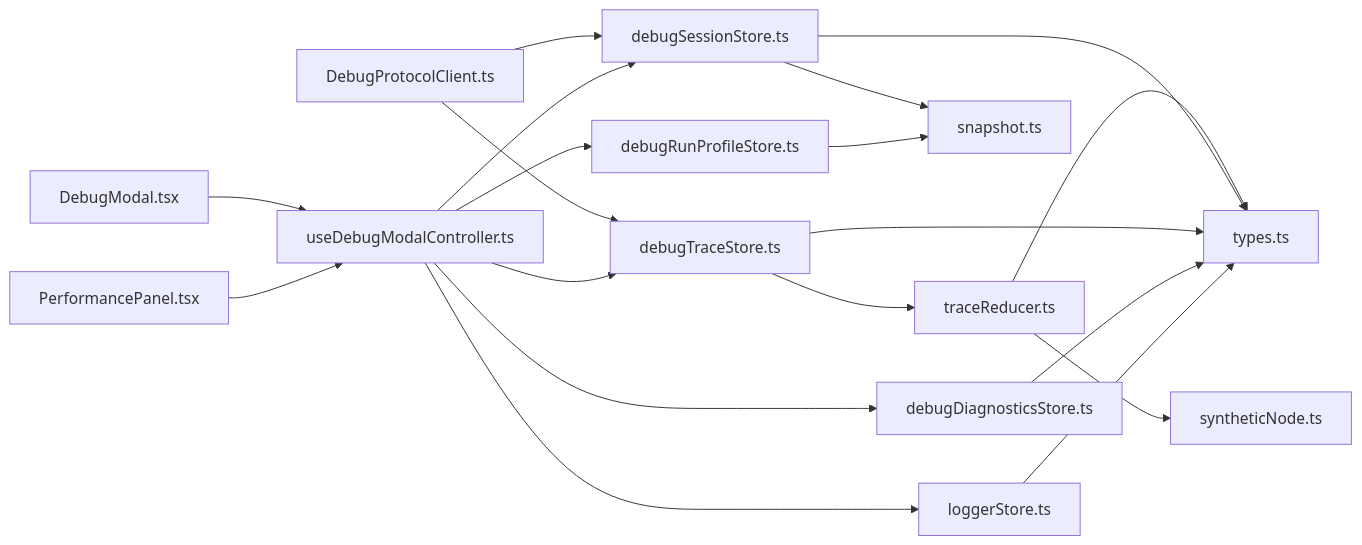
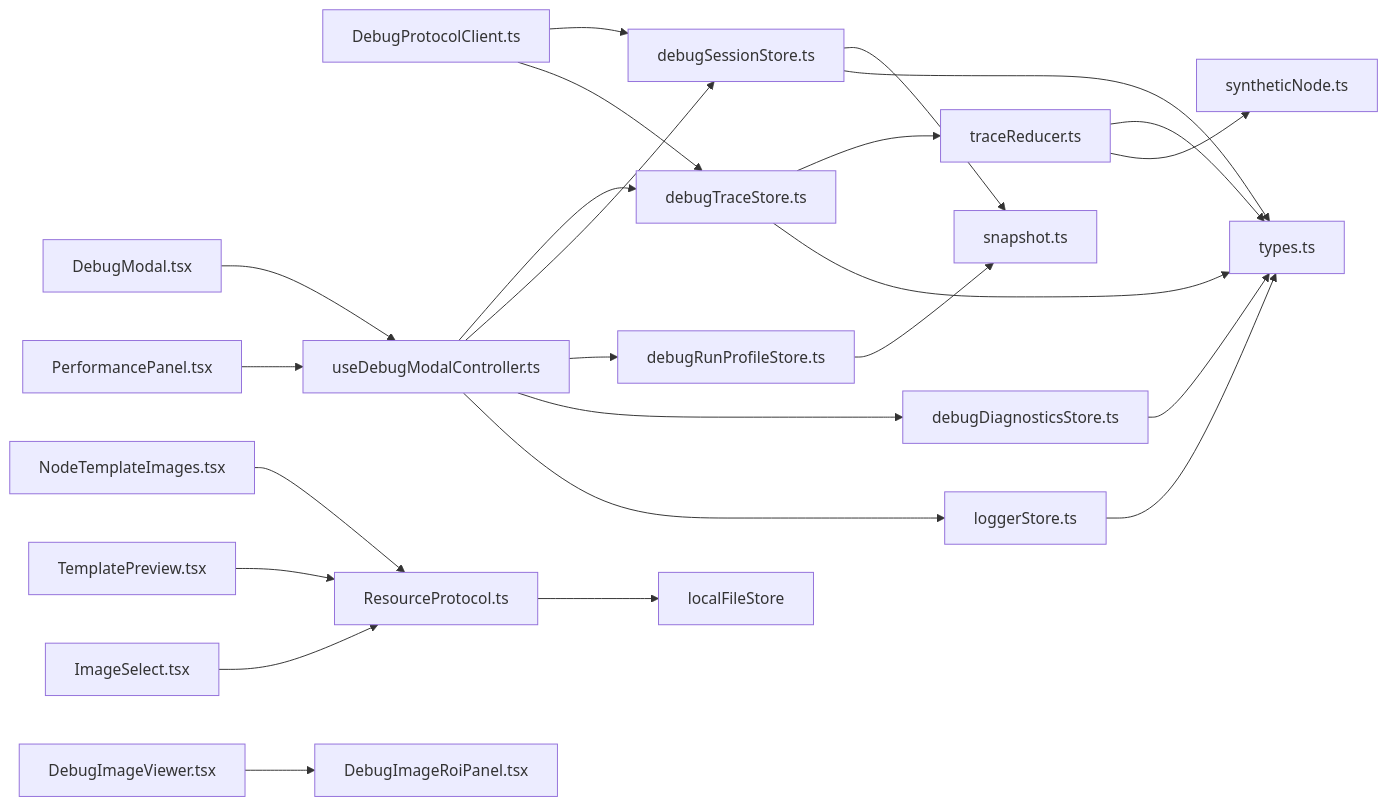
One commit to kqcoxn/MaaPipelineEditor changed the seventh of 7 diagrams in .qoder/repowiki/zh/content/调试与诊断/性能监控.md. Above: the diagram before and after it, drawn with Mermaid. The commit also changed other lines of this file and 37 other files, not shown here.

````diff
--- a/.qoder/repowiki/zh/content/调试与诊断/性能监控.md
+++ b/.qoder/repowiki/zh/content/调试与诊断/性能监控.md
@@ -446,21 +591,26 @@
 ```mermaid
 graph LR
 DPC["DebugProtocolClient.ts"] --> DSS["debugSessionStore.ts"]
 DPC --> DTS["debugTraceStore.ts"]
 DTS --> TR["traceReducer.ts"]
 TR --> TYPES["types.ts"]
 TR --> SN["syntheticNode.ts"]
 DSS --> SNAP["snapshot.ts"]
 DRPS["debugRunProfileStore.ts"] --> SNAP
 DSS --> TYPES
 DTS --> TYPES
 DDS["debugDiagnosticsStore.ts"] --> TYPES
 LS["loggerStore.ts"] --> TYPES
 DMC["useDebugModalController.ts"] --> DTS
 DMC --> DSS
 DMC --> DRPS
 DMC --> DDS
 DMC --> LS
 DM["DebugModal.tsx"] --> DMC
 PP["PerformancePanel.tsx"] --> DMC
+NPI["NodeTemplateImages.tsx"] --> RP["ResourceProtocol.ts"]
+TP["TemplatePreview.tsx"] --> RP
+IS["ImageSelect.tsx"] --> RP
+DIV["DebugImageViewer.tsx"] --> DIR["DebugImageRoiPanel.tsx"]
+RP --> LFS["localFileStore"]
 ```
````
